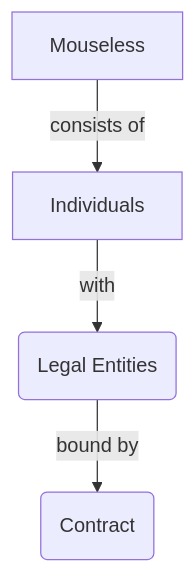
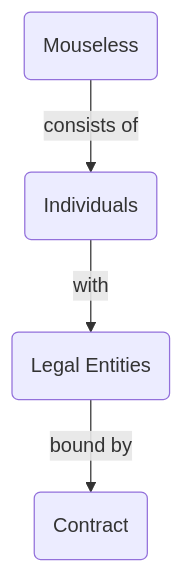
Before and after one commit to mouseless/mouseless.codes: the first of 2 diagrams in our-collective.md, drawn with Mermaid. The commit also changed other lines of this file and 3 other files, not shown here.

````diff
--- a/our-collective.md
+++ b/our-collective.md
@@ -58,4 +58,6 @@
 ```mermaid
 flowchart TB
-    Mouseless --consists of--> Individuals --with--> LE(Legal Entities) --bound by--> C(Contract)
+    M(Mouseless) --consists of--> I(Individuals)
+    I --with--> LE(Legal Entities)
+    LE --bound by--> C(Contract)
 ```
````
